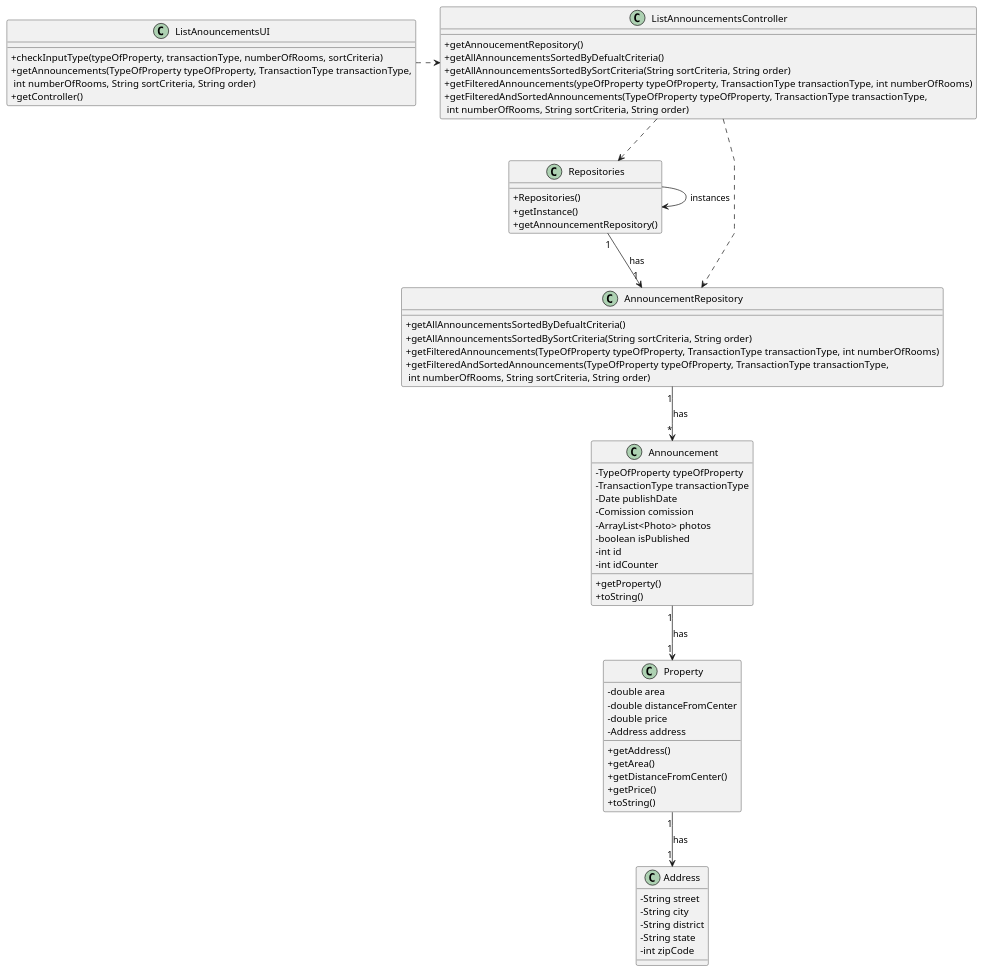
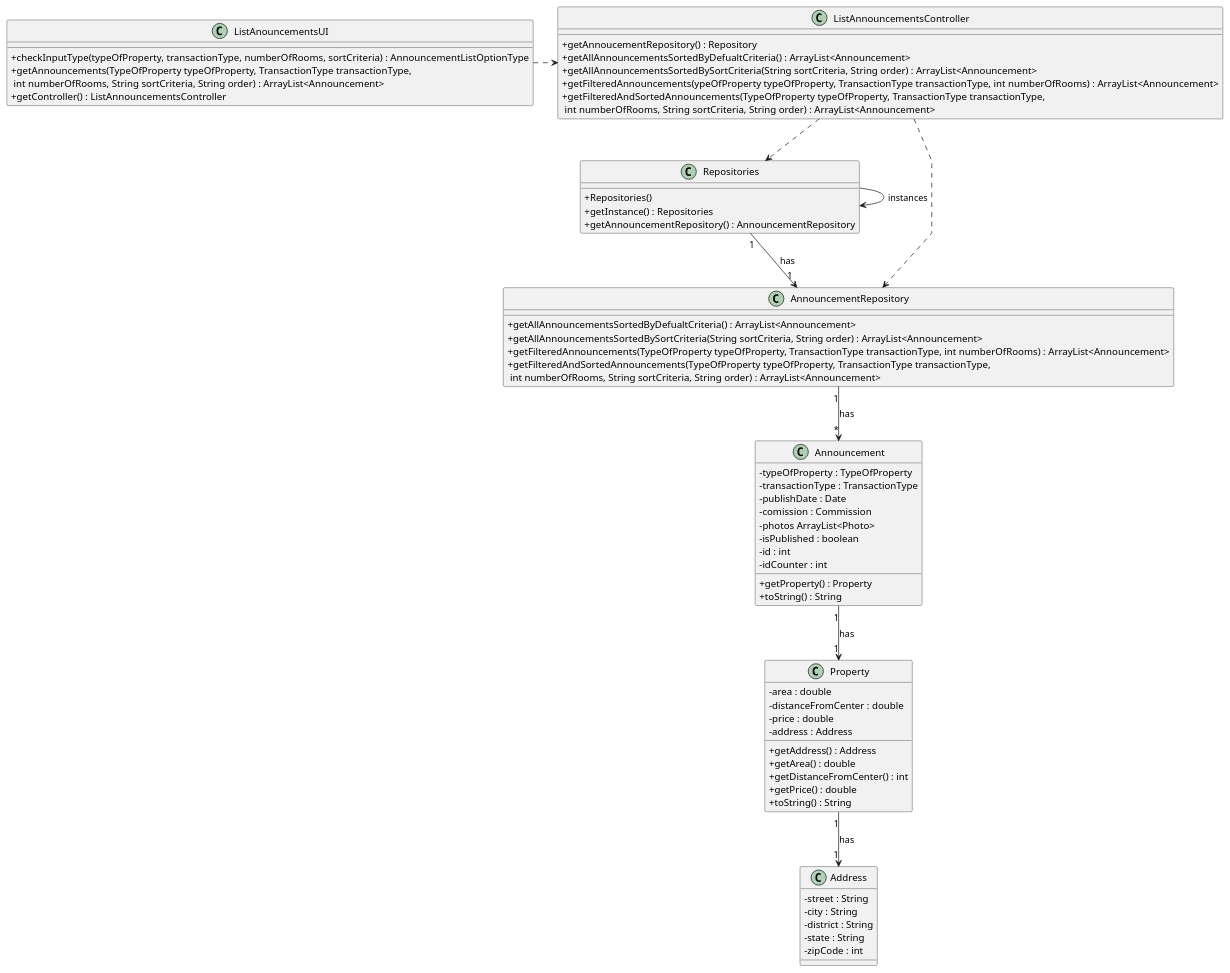
Before and after one commit to Goncalves2525/real-estate-management-system: the diagram in docs/sprintB/us001/03.design/puml/us001-class-diagram.puml, drawn with PlantUML. The commit also changed 1 other file, not shown here.

Commit message:
Altered Diagram Class Format

```diff
--- a/docs/sprintB/us001/03.design/puml/us001-class-diagram.puml
+++ b/docs/sprintB/us001/03.design/puml/us001-class-diagram.puml
@@ -1,88 +1,88 @@
 @startuml
 'skinparam monochrome true
 skinparam packageStyle rectangle
 skinparam shadowing false
 skinparam linetype polyline
 'skinparam linetype orto
 
 skinparam classAttributeIconSize 0
 
 'left to right directio
 class Property{
-    - double area
-    - double distanceFromCenter
-    - double price
-    - Address address
-    + getAddress()
-    + getArea()
-    + getDistanceFromCenter()
-    + getPrice()
-    + toString()
+      - area : double
+      - distanceFromCenter : double
+      - price : double
+      - address : Address
+      + getAddress() : Address
+      + getArea() : double
+      + getDistanceFromCenter() : int
+      + getPrice() : double
+      + toString() : String
 }
 
 class Announcement {
-    - TypeOfProperty typeOfProperty
-    - TransactionType transactionType
-    - Date publishDate
-    - Comission comission
-    - ArrayList<Photo> photos
-    - boolean isPublished
-    - int id
-    - int idCounter
-    + getProperty()
-    + toString()
+   - typeOfProperty : TypeOfProperty
+   - transactionType : TransactionType
+   - publishDate : Date
+   - comission : Commission
+   - photos ArrayList<Photo>
+   - isPublished : boolean
+   - id : int
+   - idCounter : int
+   + getProperty() : Property
+   + toString() : String
 }
 
 class AnnouncementRepository {
-    +getAllAnnouncementsSortedByDefualtCriteria()
-    +getAllAnnouncementsSortedBySortCriteria(String sortCriteria, String order)
-    +getFilteredAnnouncements(TypeOfProperty typeOfProperty, TransactionType transactionType, int numberOfRooms)
-    +getFilteredAndSortedAnnouncements(TypeOfProperty typeOfProperty, TransactionType transactionType,\n int numberOfRooms, String sortCriteria, String order)
+    +getAllAnnouncementsSortedByDefualtCriteria() : ArrayList<Announcement>
+    +getAllAnnouncementsSortedBySortCriteria(String sortCriteria, String order) : ArrayList<Announcement>
+    +getFilteredAnnouncements(TypeOfProperty typeOfProperty, TransactionType transactionType, int numberOfRooms) : ArrayList<Announcement>
+    +getFilteredAndSortedAnnouncements(TypeOfProperty typeOfProperty, TransactionType transactionType,\n int numberOfRooms, String sortCriteria, String order) : ArrayList<Announcement>
 }
 
 class Repositories {
     +Repositories()
-    +getInstance()
-    +getAnnouncementRepository()
+    +getInstance() : Repositories
+    +getAnnouncementRepository() : AnnouncementRepository
 }
 
 class ListAnnouncementsController {
-    +getAnnoucementRepository()
-    +getAllAnnouncementsSortedByDefualtCriteria()
-    +getAllAnnouncementsSortedBySortCriteria(String sortCriteria, String order)
-    +getFilteredAnnouncements(ypeOfProperty typeOfProperty, TransactionType transactionType, int numberOfRooms)
-    +getFilteredAndSortedAnnouncements(TypeOfProperty typeOfProperty, TransactionType transactionType,\n int numberOfRooms, String sortCriteria, String order)
+     +getAnnoucementRepository() : Repository
+     +getAllAnnouncementsSortedByDefualtCriteria() : ArrayList<Announcement>
+     +getAllAnnouncementsSortedBySortCriteria(String sortCriteria, String order) : ArrayList<Announcement>
+     +getFilteredAnnouncements(ypeOfProperty typeOfProperty, TransactionType transactionType, int numberOfRooms) : ArrayList<Announcement>
+     +getFilteredAndSortedAnnouncements(TypeOfProperty typeOfProperty, TransactionType transactionType,\n int numberOfRooms, String sortCriteria, String order) : ArrayList<Announcement>
 }
 
 class ListAnouncementsUI {
-+checkInputType(typeOfProperty, transactionType, numberOfRooms, sortCriteria)
-+getAnnouncements(TypeOfProperty typeOfProperty, TransactionType transactionType,\n int numberOfRooms, String sortCriteria, String order)
-+getController()
+    +checkInputType(typeOfProperty, transactionType, numberOfRooms, sortCriteria) : AnnouncementListOptionType
+    +getAnnouncements(TypeOfProperty typeOfProperty, TransactionType transactionType,\n int numberOfRooms, String sortCriteria, String order) : ArrayList<Announcement>
+    +getController() : ListAnnouncementsController
 }
 
 class Address{
-    - String street
-    - String city
-    - String district
-    - String state
-    - int zipCode
+    - street : String
+    - city : String
+    - district : String
+    - state : String
+    - zipCode : int
 }
 
 Repositories -> Repositories : instances
 
 ListAnouncementsUI .> ListAnnouncementsController
 
 ListAnnouncementsController ..> Repositories
 
 Repositories "1" --> "1" AnnouncementRepository : has
 
 ListAnnouncementsController ..> AnnouncementRepository
 
 AnnouncementRepository "1" --> "*" Announcement : has
 
 Announcement "1" --> "1" Property : has
 
 Property "1" --> "1" Address : has
 
 
 @enduml
```
